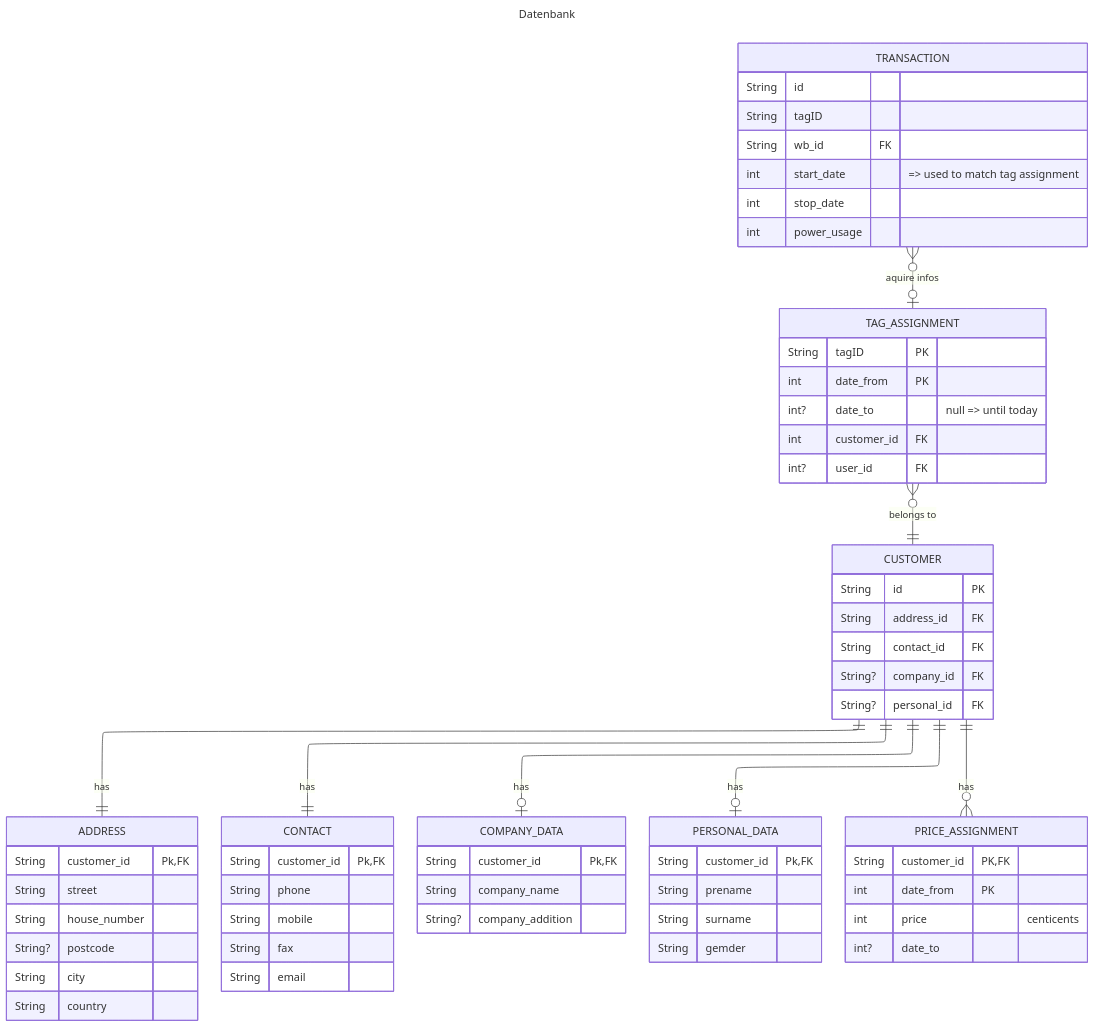
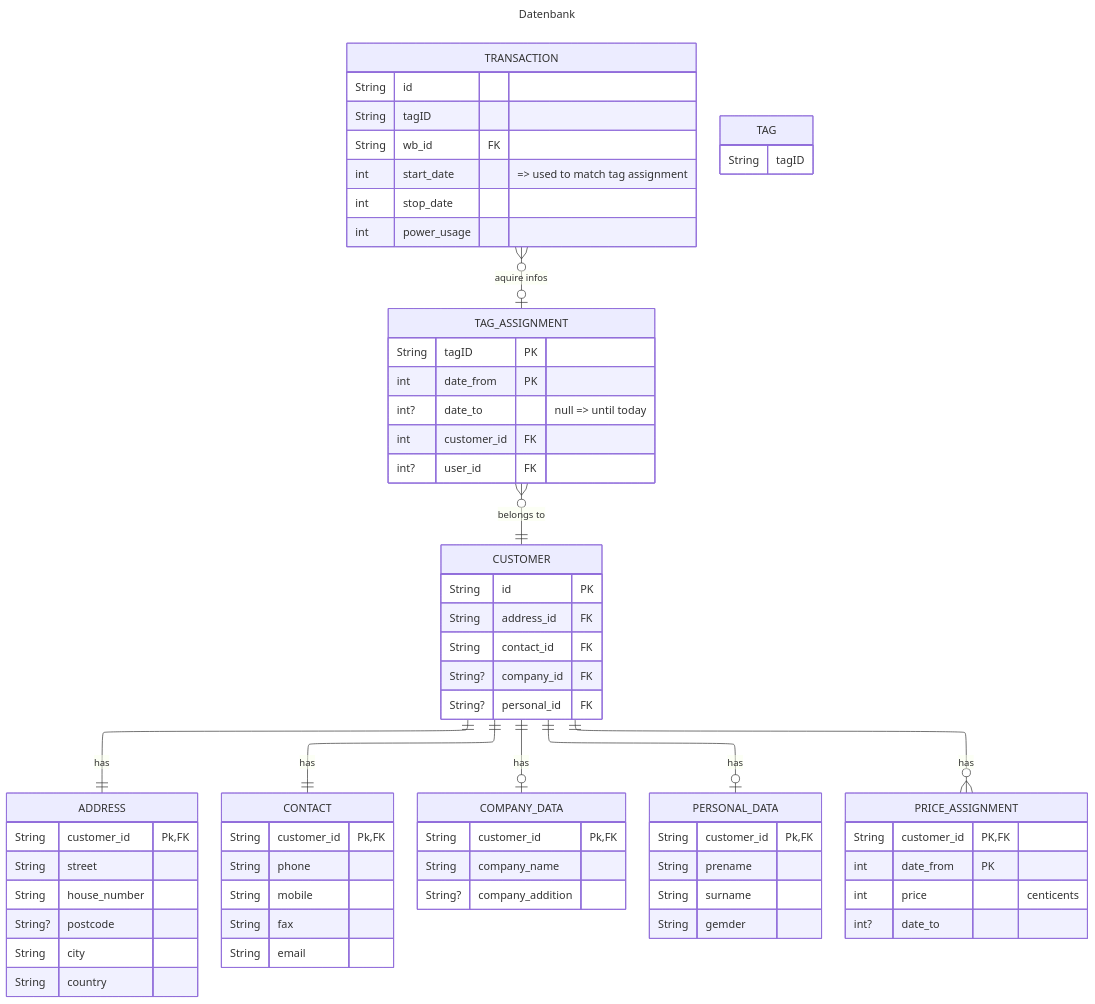
The diagram in planning/data_model.mmd (TheGreedyGoat/wall_box_2), drawn with Mermaid before and after one commit. The commit also changed 58 other files, not shown here.

```diff
--- a/planning/data_model.mmd
+++ b/planning/data_model.mmd
@@ -1,85 +1,89 @@
 ---
 title: Datenbank
 config:
     layout: elk
 ---
 
 erDiagram
     direction TB
     
     TRANSACTION }o--o| TAG_ASSIGNMENT : "aquire infos"
     TAG_ASSIGNMENT }o--|| CUSTOMER: "belongs to"
     CUSTOMER ||--|| ADDRESS : "has"
     CUSTOMER ||--|| CONTACT : "has"
     CUSTOMER ||--o| COMPANY_DATA : "has"
     CUSTOMER ||--o| PERSONAL_DATA : "has"
     CUSTOMER ||--o{ PRICE_ASSIGNMENT: "has"
 
     
 
     TRANSACTION{
         String id
         String tagID 
         String wb_id FK
         int start_date "=> used to match tag assignment"
         int stop_date 
         int power_usage
+    }
+
+    TAG{
+        String tagID
     }
     
     TAG_ASSIGNMENT{
         String tagID PK
         int date_from PK
         int? date_to "null => until today"
         int customer_id FK
         int? user_id FK
     }
 
     
     CUSTOMER{
         String id PK
         String address_id FK
         String contact_id FK
 
         String? company_id FK
         String? personal_id FK
 
     }
 
     PRICE_ASSIGNMENT{
         String customer_id PK,FK
         int date_from PK
         int price "centicents"
         int? date_to
     }
 
 
     COMPANY_DATA{
         String customer_id Pk, FK
         String company_name
         String? company_addition
     }
     PERSONAL_DATA{
         String customer_id Pk, FK
         String prename
         String surname
 
         String gemder
 
     }
 
     ADDRESS{
         String customer_id Pk, FK
         String street
         String house_number
         String? postcode
         String city
         String country
     }
 
     CONTACT{
         String customer_id Pk, FK
         String phone
         String mobile
         String fax
         String email
     }
```
